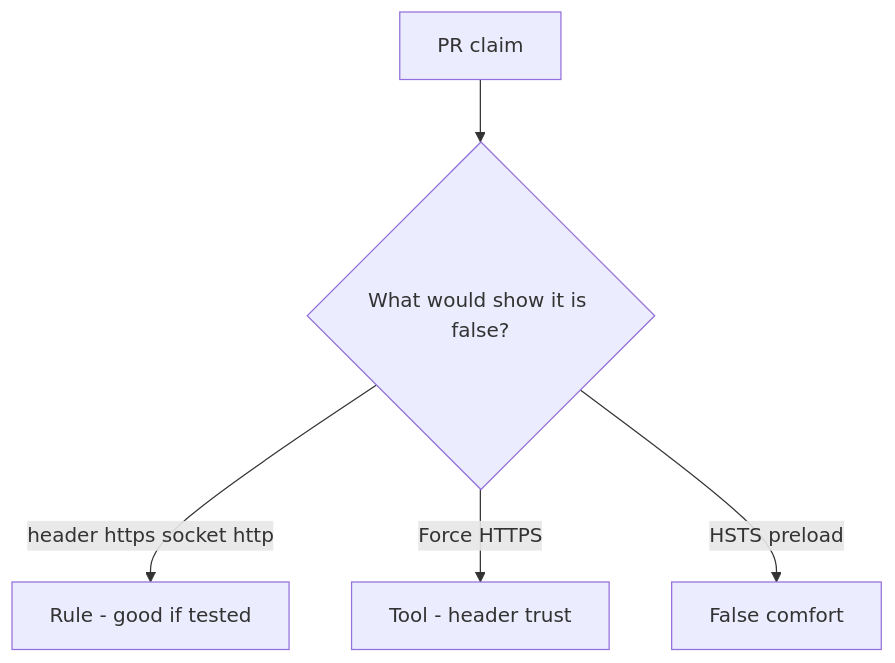
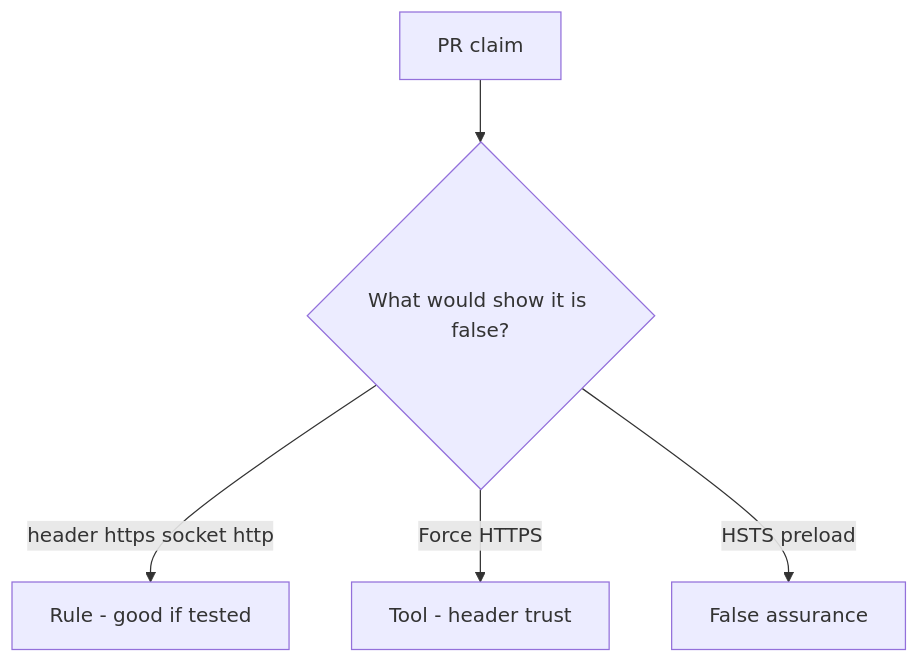
Before and after one commit to ishitvagoel/LearnSecurity: the diagram in content/modules/5/5.4/lessons/08-review.md, drawn with Mermaid. The commit also changed other lines of this file and 240 other files, not shown here.

````diff
--- a/content/modules/5/5.4/lessons/08-review.md
+++ b/content/modules/5/5.4/lessons/08-review.md
@@ -18,7 +18,7 @@
 ```mermaid
 flowchart TD
   Claim[PR claim] --> Q{"What would show it is false?"}
   Q -->|"header https socket http"| Property["Rule - good if tested"]
   Q -->|"Force HTTPS"| Mechanism[Tool - header trust]
-  Q -->|"HSTS preload"| False[False comfort]
+  Q -->|"HSTS preload"| False[False assurance]
 ```
````
